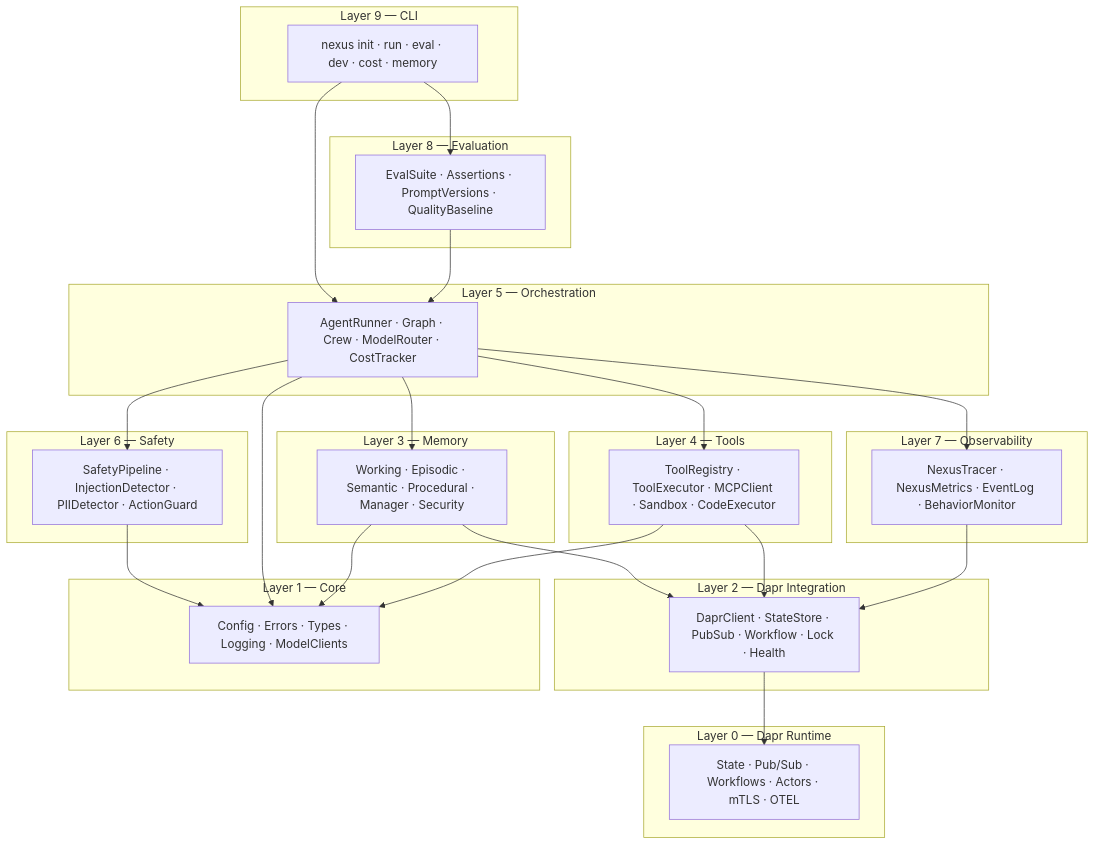
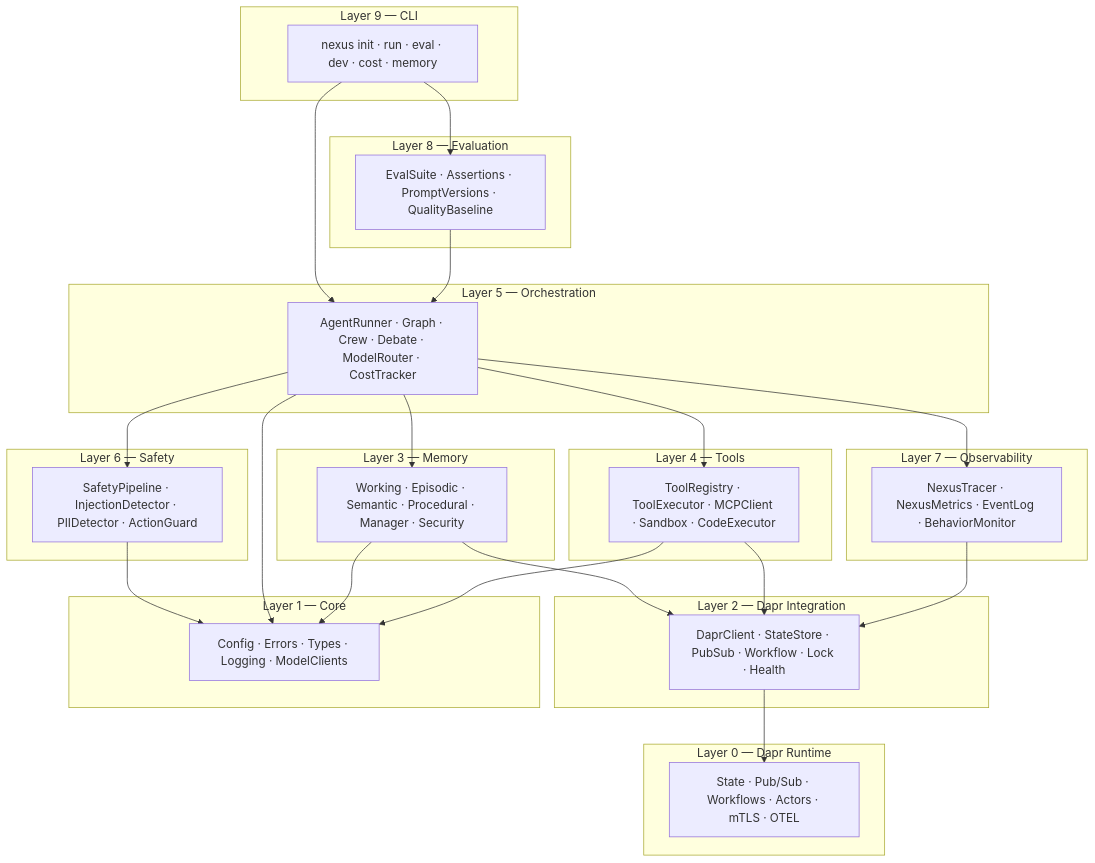
One commit to alireza1989/grampus changed the first of 2 diagrams in docs/architecture/overview.md. Above: the diagram before and after it, drawn with Mermaid. The commit also changed other lines of this file and 16 other files, not shown here.

````diff
--- a/docs/architecture/overview.md
+++ b/docs/architecture/overview.md
@@ -7,58 +7,58 @@
 ```mermaid
 graph TB
     subgraph "Layer 9 — CLI"
         CLI["nexus init · run · eval · dev · cost · memory"]
     end
 
     subgraph "Layer 8 — Evaluation"
         Eval["EvalSuite · Assertions · PromptVersions · QualityBaseline"]
     end
 
     subgraph "Layer 7 — Observability"
         Obs["NexusTracer · NexusMetrics · EventLog · BehaviorMonitor"]
     end
 
     subgraph "Layer 6 — Safety"
         Safety["SafetyPipeline · InjectionDetector · PIIDetector · ActionGuard"]
     end
 
     subgraph "Layer 5 — Orchestration"
-        Orch["AgentRunner · Graph · Crew · ModelRouter · CostTracker"]
+        Orch["AgentRunner · Graph · Crew · Debate · ModelRouter · CostTracker"]
     end
 
     subgraph "Layer 4 — Tools"
         Tools["ToolRegistry · ToolExecutor · MCPClient · Sandbox · CodeExecutor"]
     end
 
     subgraph "Layer 3 — Memory"
         Mem["Working · Episodic · Semantic · Procedural · Manager · Security"]
     end
 
     subgraph "Layer 2 — Dapr Integration"
         Dapr["DaprClient · StateStore · PubSub · Workflow · Lock · Health"]
     end
 
     subgraph "Layer 1 — Core"
         Core["Config · Errors · Types · Logging · ModelClients"]
     end
 
     subgraph "Layer 0 — Dapr Runtime"
         Runtime["State · Pub/Sub · Workflows · Actors · mTLS · OTEL"]
     end
 
     CLI --> Eval
     CLI --> Orch
     Eval --> Orch
     Orch --> Safety
     Orch --> Mem
     Orch --> Tools
     Orch --> Obs
     Safety --> Core
     Mem --> Dapr
     Tools --> Dapr
     Obs --> Dapr
     Dapr --> Runtime
     Orch --> Core
     Mem --> Core
     Tools --> Core
 ```
````
